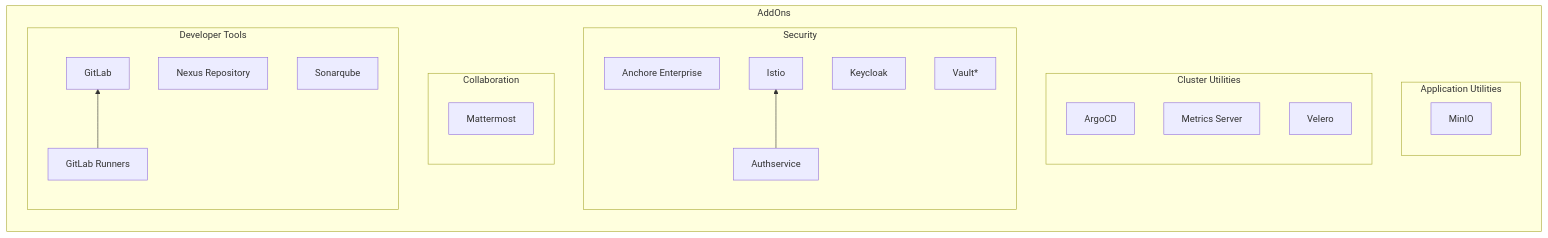
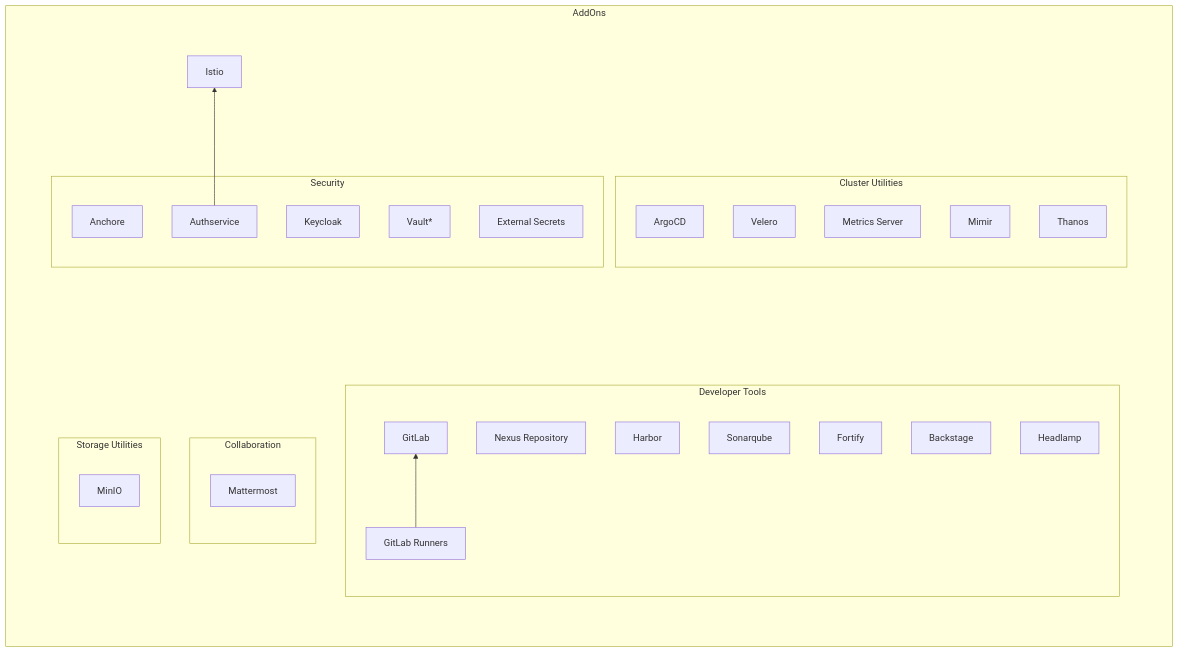
One commit to shebashio/bigbang changed the second of 2 diagrams in docs/understanding-bigbang/package-architecture/README.md. Above: the diagram before and after it, drawn with Mermaid. The commit also changed other lines of this file, not shown here.

Commit message:
update and format dependency chart

````diff
--- a/docs/understanding-bigbang/package-architecture/README.md
+++ b/docs/understanding-bigbang/package-architecture/README.md
@@ -68,35 +67,67 @@
 ```mermaid
-flowchart LR
+flowchart BT
   subgraph AddOns
-    subgraph AppUtils[Application Utilities]
-      MinIO
+  direction LR
+
+    subgraph r2
+    style r2 fill:transparent,stroke:transparent,color:transparent
+    direction BT
+
+      subgraph DT[Developer Tools]
+      direction BT
+        GLRunners[GitLab Runners] --> GitLab
+        Nexus[Nexus Repository]
+        Harbor
+        Sonarqube
+        Fortify
+        Backstage
+        Headlamp
+      end
+
+      subgraph "Collaboration"
+        Mattermost
+      end
+
+      subgraph AppUtils[Storage Utilities]
+        MinIO
+      end
+
+
     end
 
-    subgraph ClusterUtils[Cluster Utilities]
+    subgraph Row1
+    style Row1 fill:transparent,stroke:transparent,color:transparent
     direction BT
-      ArgoCD
-      Metrics[Metrics Server]
-      Velero
+
+      Istio
+      formattingNode[ ]:::invisible
+
+      subgraph Row1Grouper
+      style Row1Grouper fill:transparent,stroke:transparent,color:transparent
+
+        subgraph CUtil[Cluster Utilities]
+          ArgoCD
+          Velero
+          Metrics[Metrics Server]
+          Mimir
+          Thanos
+        end
+
+        subgraph Sec[Security]
+          Anchore
+          Authservice
+          Keycloak
+          Vault[Vault*]
+          ESO[External Secrets]
+        end
+      end
+
+      Authservice --> Istio
+      ArgoCD ~~~ formattingNode
+
     end
 
-    subgraph "Security"
-    direction BT
-      Anchore[Anchore Enterprise]
-      Authservice --> I[Istio]
-      Keycloak
-      Vault[Vault*]
-    end
+  end
 
-    subgraph "Collaboration"
-    direction BT
-      Mattermost
-    end
-
-    subgraph "Developer Tools"
-    direction BT
-      GLRunners[GitLab Runners] --> GitLab
-      Nexus[Nexus Repository]
-      Sonarqube
-    end
-  end
+classDef invisible fill:transparent,stroke:transparent,color:transparent
 ```
````
